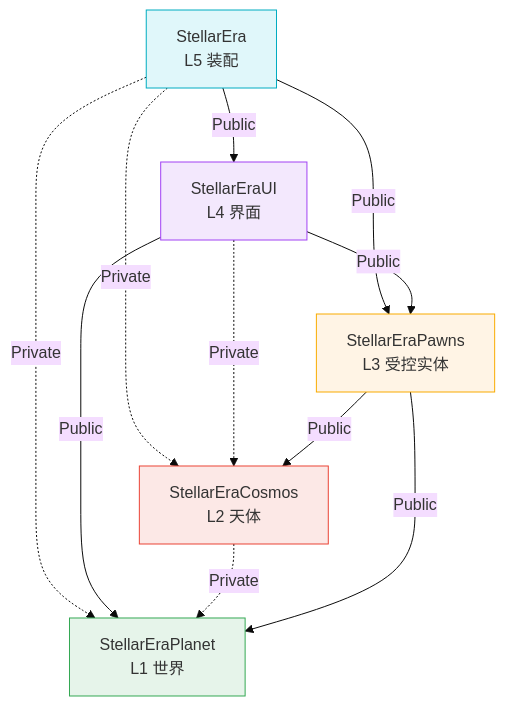
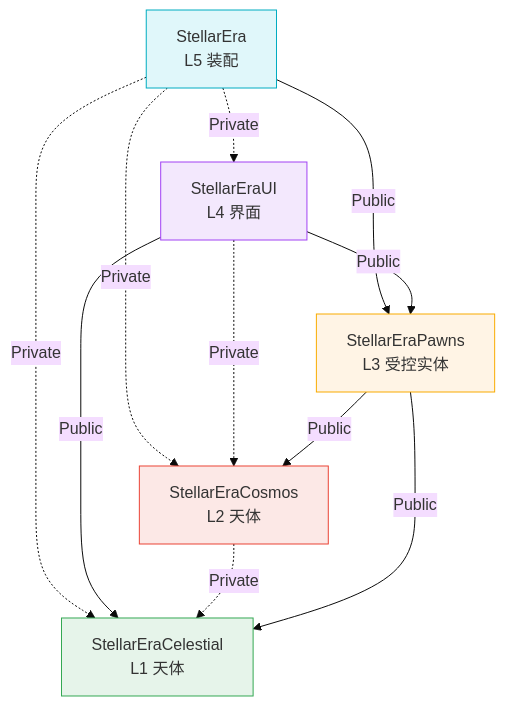
Before and after one commit to xiaobaibaix/StellarEra: the diagram in docs/ARCHITECTURE.md, drawn with Mermaid (base theme). The commit also changed other lines of this file and 292 other files, not shown here.

First line of the commit message:
refactor(天体): 模块 StellarEraPlanet → StellarEraCelestial，按天体分目录

````diff
--- a/docs/ARCHITECTURE.md
+++ b/docs/ARCHITECTURE.md
@@ -47,25 +44,25 @@
 ```mermaid
 graph TD
     E["StellarEra<br/>L5 装配"]
     UI["StellarEraUI<br/>L4 界面"]
     C["StellarEraCosmos<br/>L2 天体"]
     P["StellarEraPawns<br/>L3 受控实体"]
-    PL["StellarEraPlanet<br/>L1 世界"]
+    PL["StellarEraCelestial<br/>L1 天体"]
 
-    E -->|Public| UI
+    E -.->|Private| UI
     E -->|Public| P
     E -.->|Private| PL
     E -.->|Private| C
     UI -->|Public| PL
     UI -->|Public| P
     UI -.->|Private| C
     C -.->|Private| PL
     P -->|Public| C
     P -->|Public| PL
 
     style PL fill:#e6f4ea,stroke:#34a853
     style P fill:#fff4e5,stroke:#f9ab00
     style C fill:#fce8e6,stroke:#ea4335
     style UI fill:#f3e8fd,stroke:#a142f4
     style E fill:#e0f7fa,stroke:#00acc1
 ```
````
